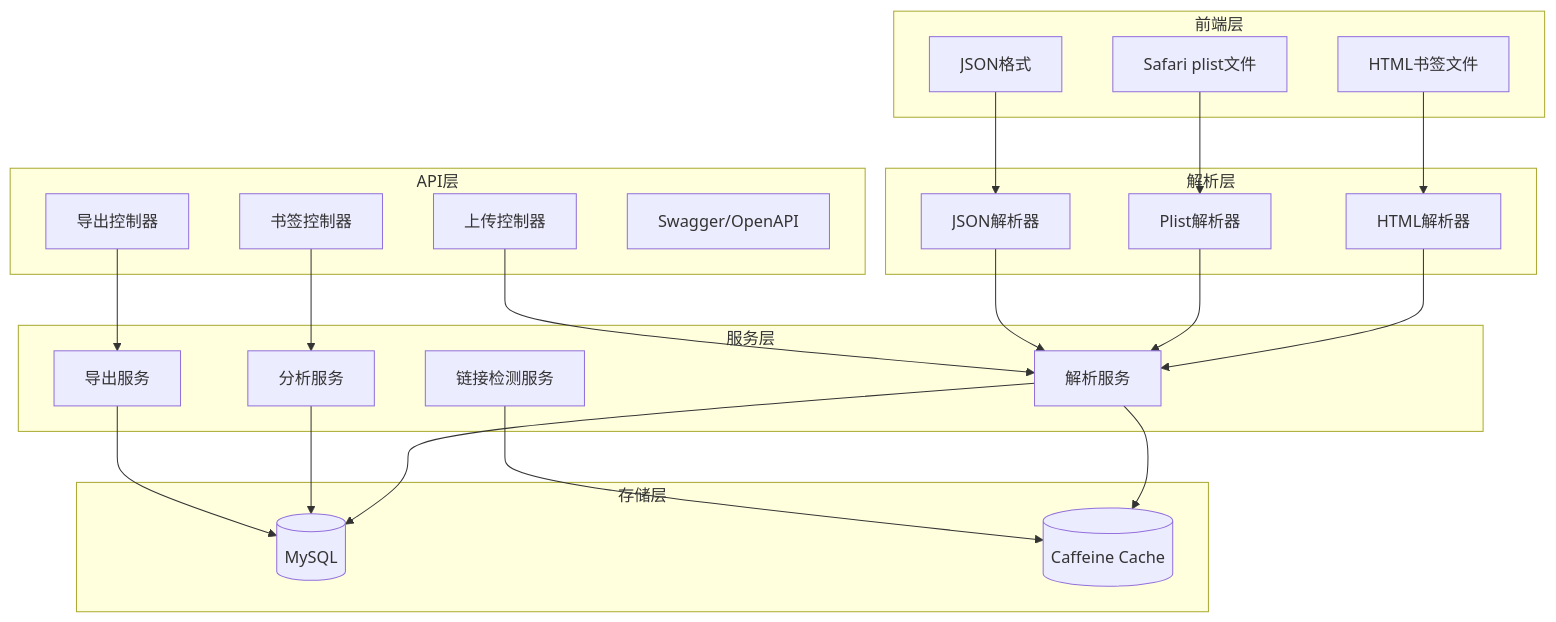
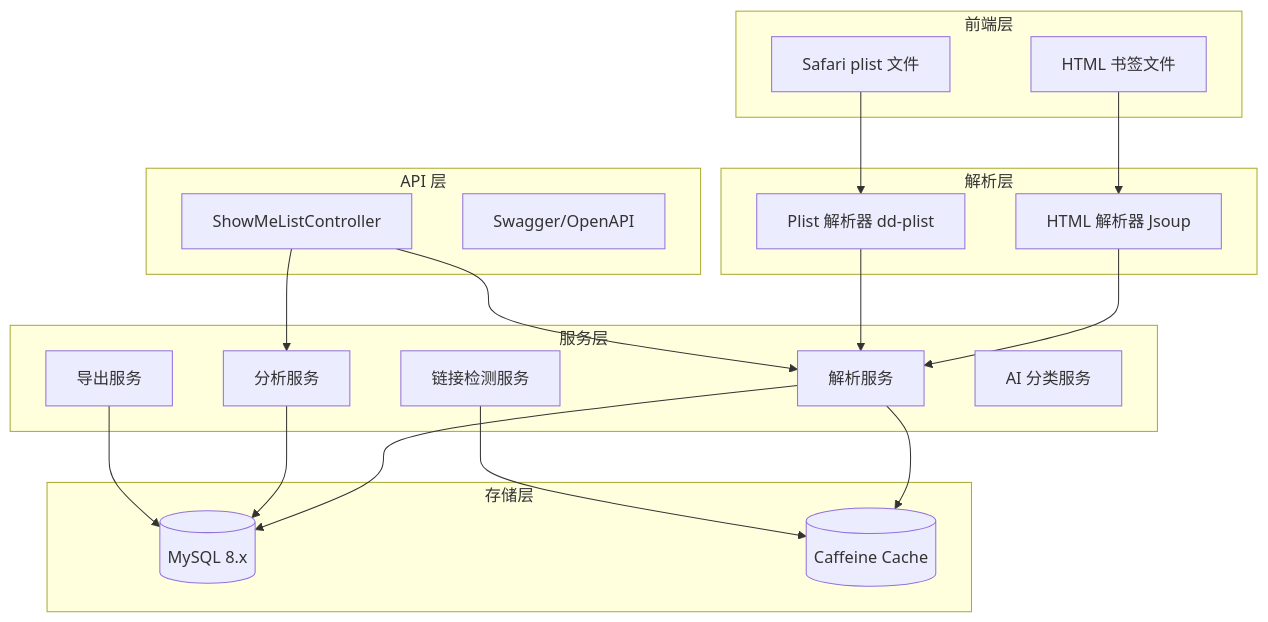
The diagram in SPEC.md (junwOpenSourceProjects/test-BookMarkAnalysis), drawn with Mermaid before and after one commit. The commit also changed other lines of this file and 2 other files, not shown here.

````diff
--- a/SPEC.md
+++ b/SPEC.md
@@ -14,51 +14,42 @@
 ```mermaid
 graph TB
     subgraph Frontend["前端层"]
-        HTML[HTML书签文件]
-        Plist[Safari plist文件]
-        JSON[JSON格式]
+        HTML[HTML 书签文件]
+        Plist[Safari plist 文件]
     end
 
     subgraph Parser["解析层"]
-        HTMLParser[HTML解析器]
-        PlistParser[Plist解析器]
-        JsonParser[JSON解析器]
+        HTMLParser[HTML 解析器 Jsoup]
+        PlistParser[Plist 解析器 dd-plist]
     end
 
     subgraph Service["服务层"]
         ParseService[解析服务]
         AnalysisService[分析服务]
         ExportService[导出服务]
         CheckService[链接检测服务]
+        AiService[AI 分类服务]
     end
 
     subgraph Storage["存储层"]
-        MySQL[(MySQL)]
+        MySQL[(MySQL 8.x)]
         Cache[(Caffeine Cache)]
     end
 
-    subgraph API["API层"]
-        UploadController[上传控制器]
-        BookmarkController[书签控制器]
-        ExportController[导出控制器]
+    subgraph API["API 层"]
+        BookmarkController[ShowMeListController]
         Swagger[Swagger/OpenAPI]
     end
 
     HTML --> HTMLParser
     Plist --> PlistParser
-    JSON --> JsonParser
-    
     HTMLParser --> ParseService
     PlistParser --> ParseService
-    JsonParser --> ParseService
-    
     ParseService --> MySQL
     ParseService --> Cache
     AnalysisService --> MySQL
     ExportService --> MySQL
     CheckService --> Cache
-    
-    UploadController --> ParseService
+    BookmarkController --> ParseService
     BookmarkController --> AnalysisService
-    ExportController --> ExportService
 ```
````
